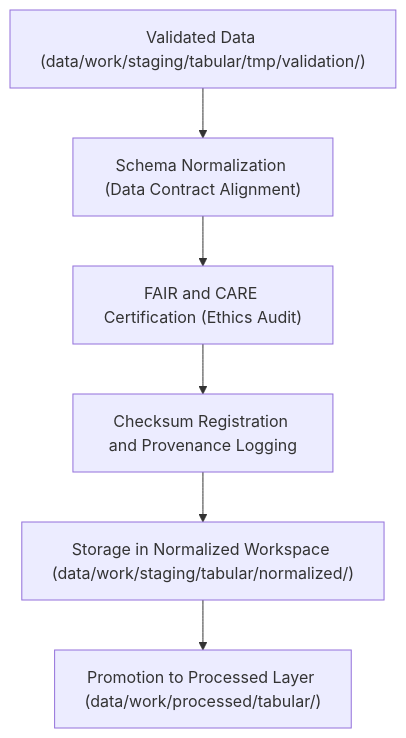
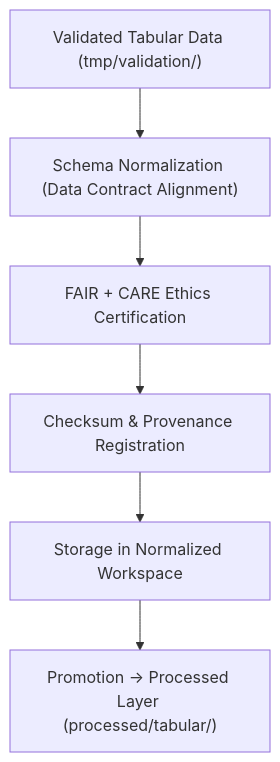
One commit to bartytime4life/Kansas-Frontier-Matrix changed the diagram in data/work/staging/tabular/normalized/README.md. Above: the diagram before and after it, drawn with Mermaid. The commit also changed other lines of this file, not shown here.

````diff
--- a/data/work/staging/tabular/normalized/README.md
+++ b/data/work/staging/tabular/normalized/README.md
@@ -62,8 +64,8 @@
 ```mermaid
 flowchart TD
-    A["Validated Data (data/work/staging/tabular/tmp/validation/)"] --> B["Schema Normalization (Data Contract Alignment)"]
-    B --> C["FAIR and CARE Certification (Ethics Audit)"]
-    C --> D["Checksum Registration and Provenance Logging"]
-    D --> E["Storage in Normalized Workspace (data/work/staging/tabular/normalized/)"]
-    E --> F["Promotion to Processed Layer (data/work/processed/tabular/)"]
+    A["Validated Tabular Data (tmp/validation/)"] --> B["Schema Normalization (Data Contract Alignment)"]
+    B --> C["FAIR + CARE Ethics Certification"]
+    C --> D["Checksum & Provenance Registration"]
+    D --> E["Storage in Normalized Workspace"]
+    E --> F["Promotion → Processed Layer (processed/tabular/)"]
 ```
````
